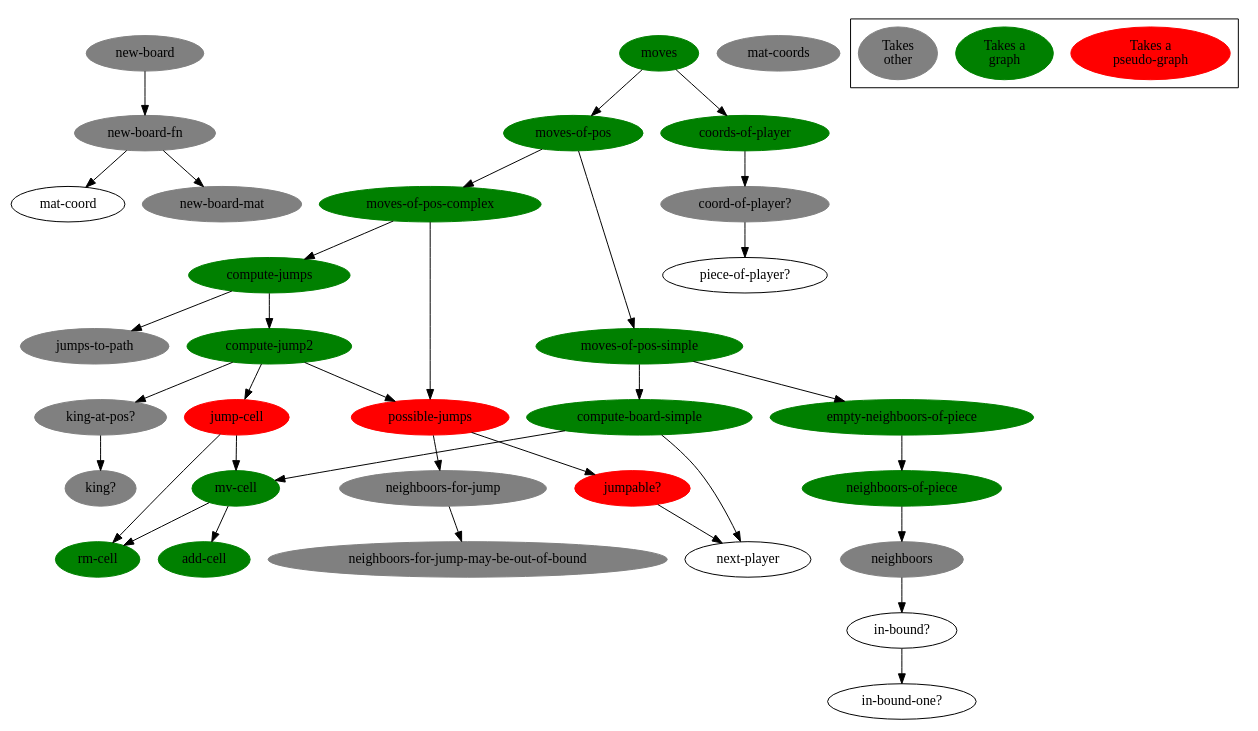
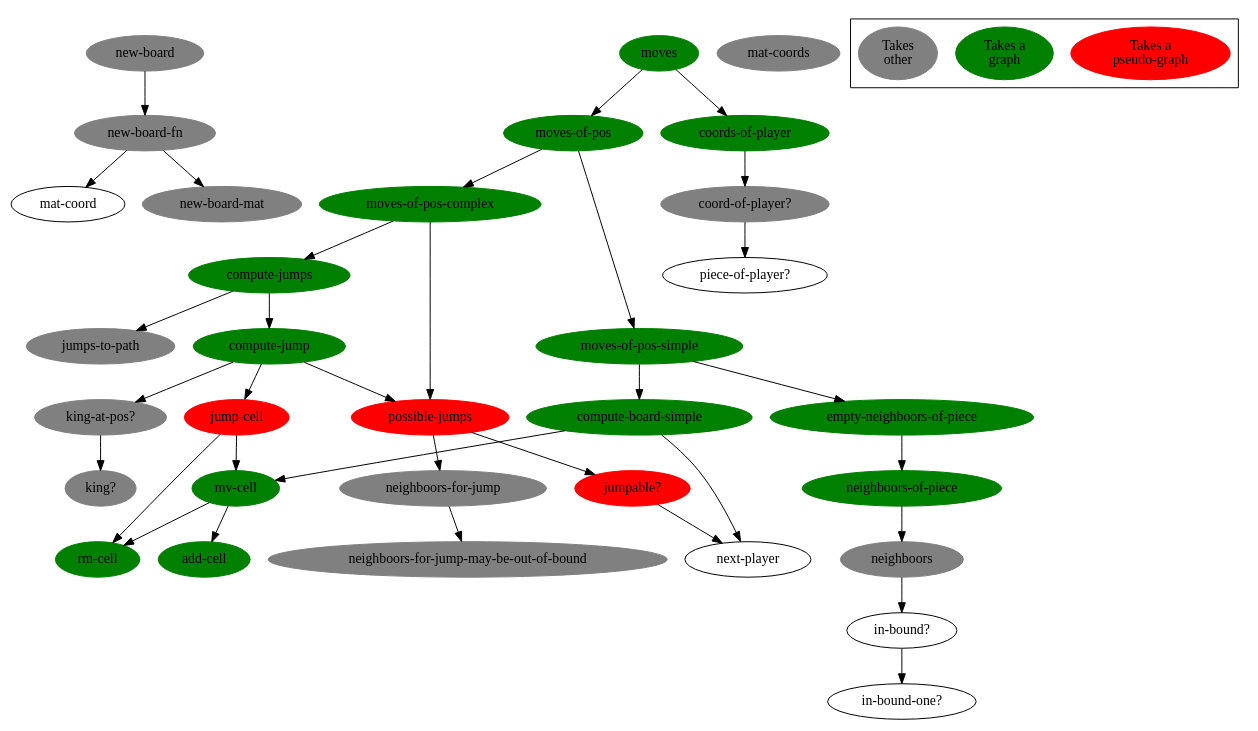
The diagram in doc/function-graph-detailled.dot (denlab/clojure-plays-checkers), drawn with Graphviz before and after one commit. The commit also changed 1 other file, not shown here.

Commit message:
refacto-in-progress: renamed compute-jump2 -> compute-jump

```diff
--- a/doc/function-graph-detailled.dot
+++ b/doc/function-graph-detailled.dot
@@ -1,113 +1,113 @@
 digraph funtions {
 
 /******************************************************************************
  *                         edges                                              *         
  ******************************************************************************/
 
         "new-board-fn" -> "mat-coord";
         "new-board-fn" -> "new-board-mat";
         
         "new-board" -> "new-board-fn";
 
         "in-bound?" -> "in-bound-one?";
 
         "neighboors" -> "in-bound?";
 
         "neighboors-of-piece" -> "neighboors";
 
         "empty-neighboors-of-piece" -> "neighboors-of-piece";
 
         "mv-cell" -> "rm-cell";
         "mv-cell" -> "add-cell";
 
         "compute-board-simple" -> "mv-cell";
         "compute-board-simple" -> "next-player";
 
         "moves-of-pos-simple" -> "compute-board-simple";
         "moves-of-pos-simple" ->  "empty-neighboors-of-piece";
         
         "neighboors-for-jump" -> "neighboors-for-jump-may-be-out-of-bound";
 
         "jumpable?" -> "next-player";
 
         "possible-jumps" -> "jumpable?";
         "possible-jumps" -> "neighboors-for-jump";
 
         "jump-cell" -> "rm-cell";
         "jump-cell" -> "mv-cell";
 
         "king-at-pos?" -> "king?";
 
-        "compute-jump2" -> "jump-cell";
-        "compute-jump2" -> "possible-jumps";
-        "compute-jump2" -> "king-at-pos?";
+        "compute-jump" -> "jump-cell";
+        "compute-jump" -> "possible-jumps";
+        "compute-jump" -> "king-at-pos?";
 
-        "compute-jumps" -> "compute-jump2";
+        "compute-jumps" -> "compute-jump";
         "compute-jumps" -> "jumps-to-path";
 
         "moves-of-pos-complex" -> "compute-jumps";
         "moves-of-pos-complex" -> "possible-jumps";
 
         "moves-of-pos" -> "moves-of-pos-simple";
         "moves-of-pos" -> "moves-of-pos-complex";
 
         "coord-of-player?" -> "piece-of-player?";
 
         "coords-of-player" -> "coord-of-player?";
 
         "moves" -> "moves-of-pos";
         "moves" -> "coords-of-player";
 
 /******************************************************************************
  *                         nodes                                              *         
  ******************************************************************************/
 
         "moves"[bgcolor=green color=green style=filled];
         "coords-of-player"[bgcolor=green color=green style=filled];
         "moves-of-pos"[bgcolor=green color=green style=filled];
         "moves-of-pos-complex"[bgcolor=green color=green style=filled];
         "moves-of-pos-simple"[bgcolor=green color=green style=filled];
         "compute-board-simple"[bgcolor=green color=green style=filled];
         "mv-cell"[bgcolor=green color=green style=filled];
         "add-cell"[bgcolor=green color=green style=filled];
         "rm-cell"[bgcolor=green color=green style=filled];
         "empty-neighboors-of-piece"[bgcolor=green color=green style=filled];
         "neighboors-of-piece"[bgcolor=green color=green style=filled];
 
-        "compute-jump2"[bgcolor=green color=green style=filled];
+        "compute-jump"[bgcolor=green color=green style=filled];
 
         "jump-cell"[bgcolor=red color=red style=filled];
         "possible-jumps"[bgcolor=red color=red style=filled];
         "jumpable?"[bgcolor=red color=red style=filled];
 
         "coord-of-player?"[bgcolor=grey color=grey style=filled];
         "jumps-to-path"[bgcolor=grey color=grey style=filled];
         "king-at-pos?"[bgcolor=grey color=grey style=filled];
         "king?"[bgcolor=grey color=grey style=filled];
         "neighboors-for-jump"[bgcolor=grey color=grey style=filled];
         "neighboors-for-jump-may-be-out-of-bound"[bgcolor=grey color=grey style=filled];
         "neighboors"[bgcolor=grey color=grey style=filled];
         "new-board"[bgcolor=grey color=grey style=filled];
         "new-board-fn"[bgcolor=grey color=grey style=filled];
         "new-board-mat"[bgcolor=grey color=grey style=filled];
         "mat-coords"[bgcolor=grey color=grey style=filled];
 
 
         "compute-jumps"[bgcolor=green color=green style=filled];
 
 /******************************************************************************
  *                         legend                                             *         
  ******************************************************************************/
 
         "Takes a\npseudo-graph"[bgcolor=red color=red style=filled];
         "Takes a\ngraph"[bgcolor=green color=green style=filled];
 //        "Takes\nother"[bgcolor="#94003f" color="#94003f" style=filled];
         "Takes\nother"[bgcolor=grey color=grey style=filled];
 
         subgraph "cluster-legend" {
                 "Takes a\npseudo-graph";
                 "Takes a\ngraph";
                 "Takes\nother";
         }
 
 }
```
